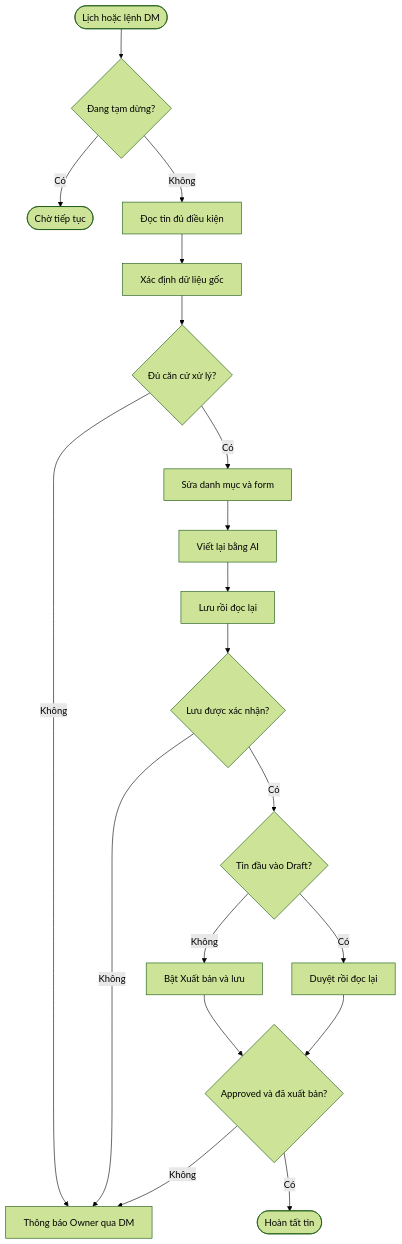
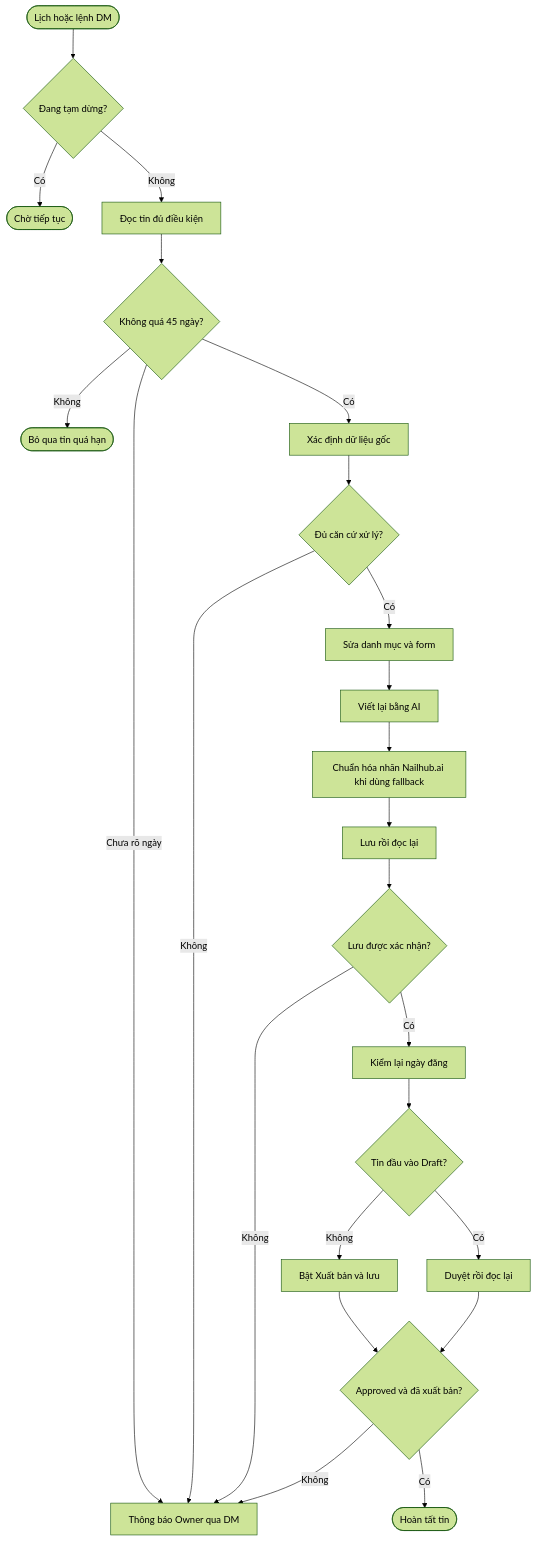
The first of 5 diagrams in Docs/01-product/nailhub-postings-noissue_business_261013_v1.0.0.md (PersonalProjectJob/telegram-agent), drawn with Mermaid (forest theme) before and after one commit. The commit also changed other lines of this file and 18 other files, not shown here.

````diff
--- a/Docs/01-product/nailhub-postings-noissue_business_261013_v1.0.0.md
+++ b/Docs/01-product/nailhub-postings-noissue_business_261013_v1.0.0.md
@@ -60,21 +92,26 @@
 ```mermaid
 flowchart TD
     A([Lịch hoặc lệnh DM]) --> B{Đang tạm dừng?}
     B -- Có --> Z([Chờ tiếp tục])
     B -- Không --> C[Đọc tin đủ điều kiện]
-    C --> D[Xác định dữ liệu gốc]
+    C --> AGE{Không quá 45 ngày?}
+    AGE -- Không --> OLD([Bỏ qua tin quá hạn])
+    AGE -- Chưa rõ ngày --> H[Thông báo Owner qua DM]
+    AGE -- Có --> D[Xác định dữ liệu gốc]
     D --> E{Đủ căn cứ xử lý?}
     E -- Không --> H[Thông báo Owner qua DM]
     E -- Có --> F[Sửa danh mục và form]
     F --> G[Viết lại bằng AI]
-    G --> I[Lưu rồi đọc lại]
+    G --> BRAND[Chuẩn hóa nhãn Nailhub.ai khi dùng fallback]
+    BRAND --> I[Lưu rồi đọc lại]
     I --> J{Lưu được xác nhận?}
     J -- Không --> H
-    J -- Có --> Q{Tin đầu vào Draft?}
+    J -- Có --> CHECK[Kiểm lại ngày đăng]
+    CHECK --> Q{Tin đầu vào Draft?}
     Q -- Có --> K[Duyệt rồi đọc lại]
     Q -- Không --> P[Bật Xuất bản và lưu]
     P --> L{Approved và đã xuất bản?}
     K --> L
     L -- Không --> H
     L -- Có --> M([Hoàn tất tin])
 ```
````
